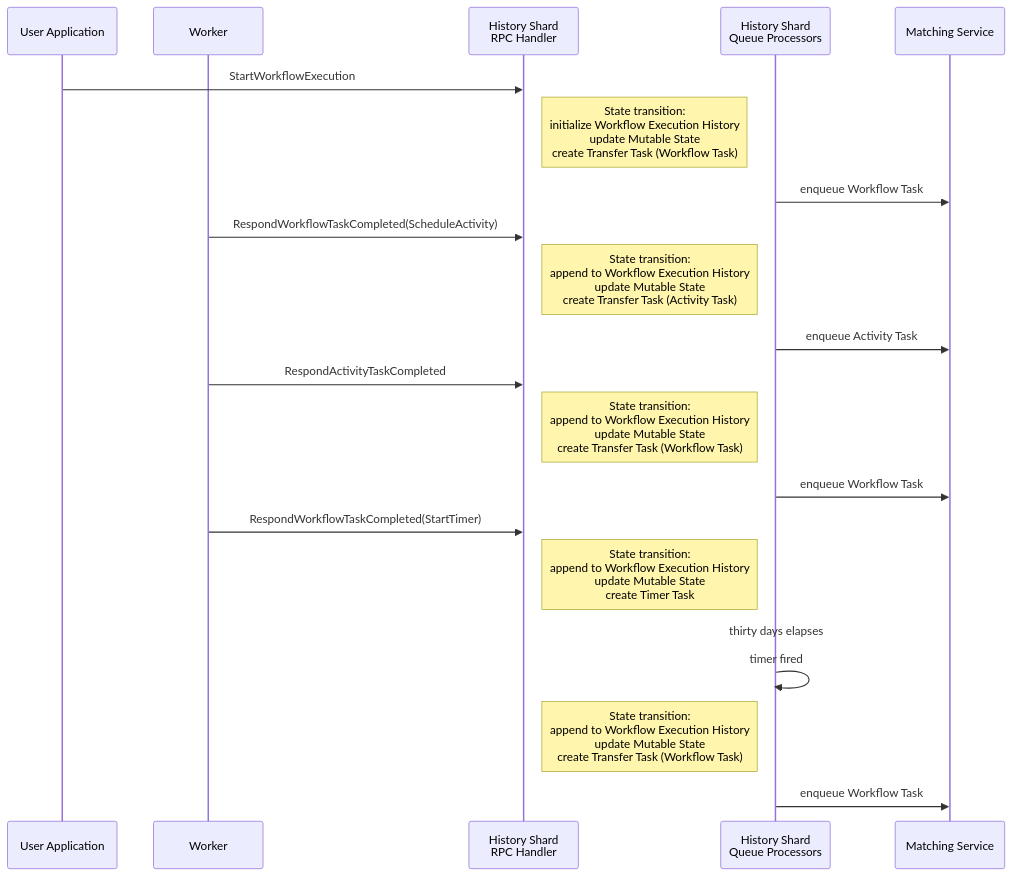
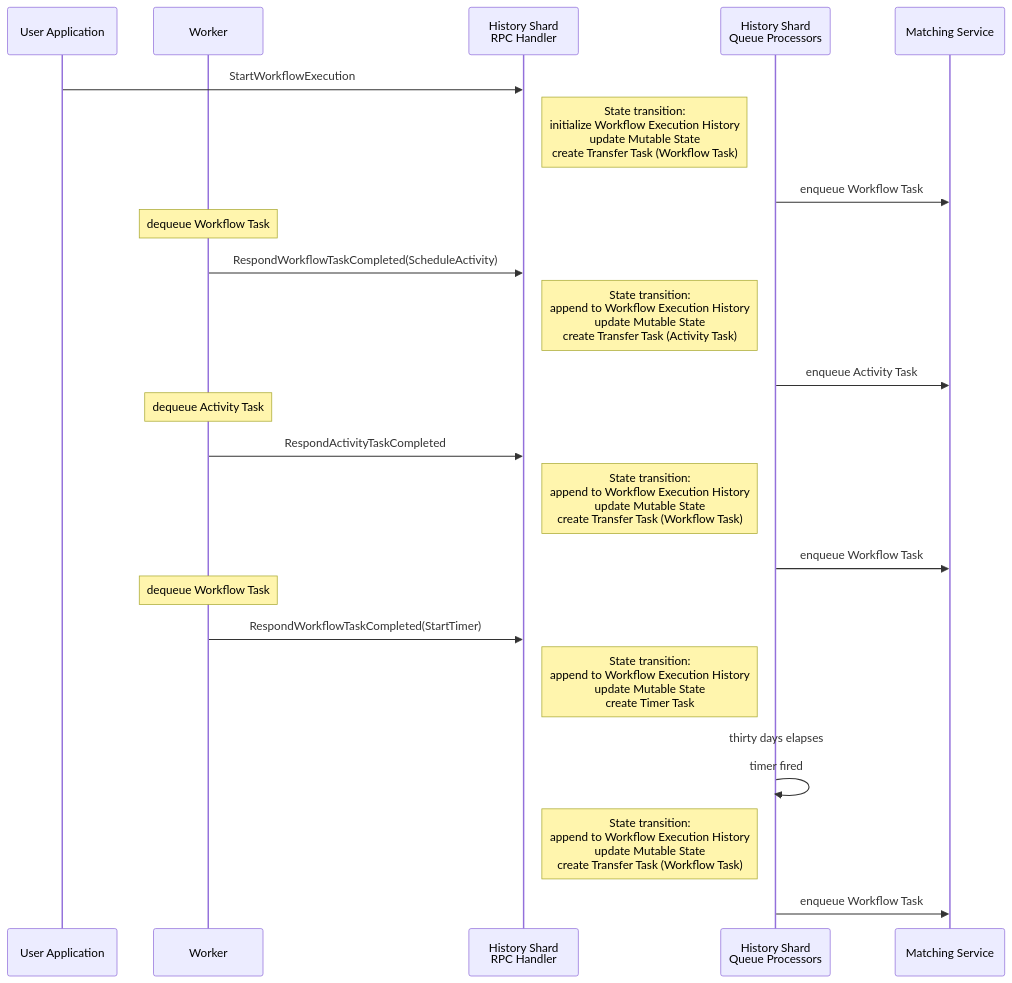
The first of 2 diagrams in docs/history-service.md (temporalio/temporal), drawn with Mermaid before and after one commit.

Commit message:
Make worker dequeues explicit

````diff
--- a/docs/history-service.md
+++ b/docs/history-service.md
@@ -33,28 +33,31 @@
 ```mermaid
 sequenceDiagram
 
 participant app as User Application
 participant worker as Worker
 participant handler as History Shard<br>RPC Handler
 participant qp as History Shard<br>Queue Processors
 participant matching as Matching Service
 
 app->>handler: StartWorkflowExecution
 note right of handler: State transition:<br>initialize Workflow Execution History<br>update Mutable State<br>create Transfer Task (Workflow Task)
 qp->>matching: enqueue Workflow Task
 
+note over worker: dequeue Workflow Task
 worker->>handler: RespondWorkflowTaskCompleted(ScheduleActivity)
 note right of handler: State transition:<br>append to Workflow Execution History<br>update Mutable State<br>create Transfer Task (Activity Task)
 qp->>matching: enqueue Activity Task
 
+note over worker: dequeue Activity Task
 worker->>handler: RespondActivityTaskCompleted
 note right of handler: State transition:<br>append to Workflow Execution History<br>update Mutable State<br>create Transfer Task (Workflow Task)
 qp->>matching: enqueue Workflow Task
 
+note over worker: dequeue Workflow Task
 worker->>handler: RespondWorkflowTaskCompleted(StartTimer)
 note right of handler: State transition:<br>append to Workflow Execution History<br>update Mutable State<br>create Timer Task
 
 qp->>qp: thirty days elapses<br><br>timer fired
 note right of handler: State transition:<br>append to Workflow Execution History<br>update Mutable State<br>create Transfer Task (Workflow Task)
 qp->>matching: enqueue Workflow Task
 ```
````
